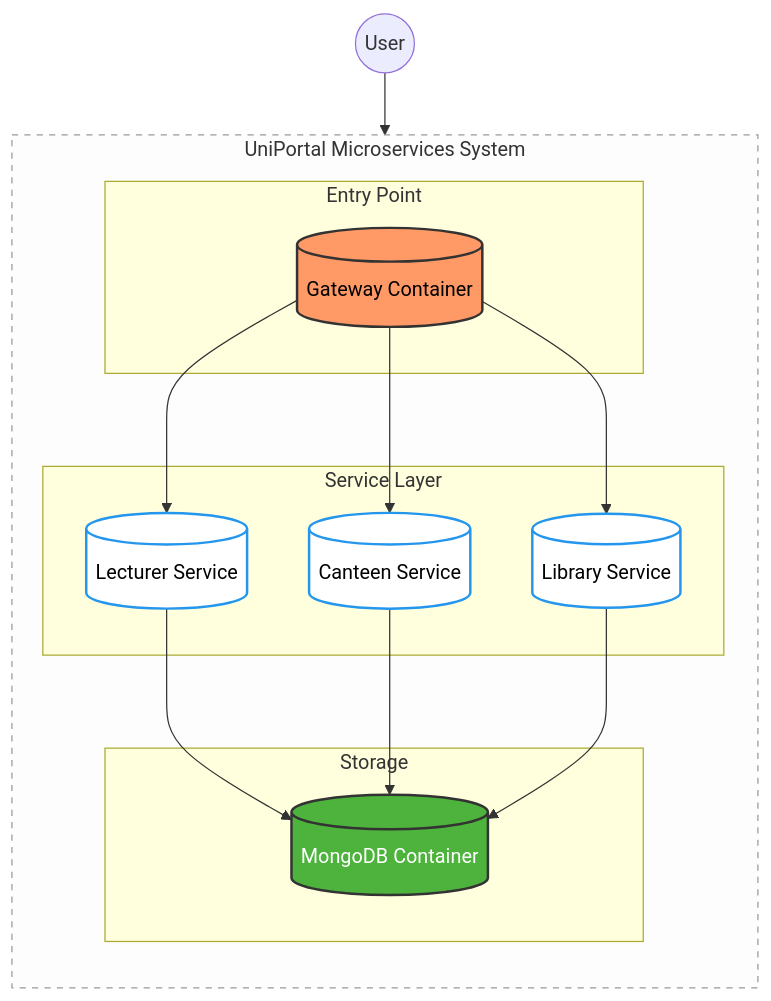
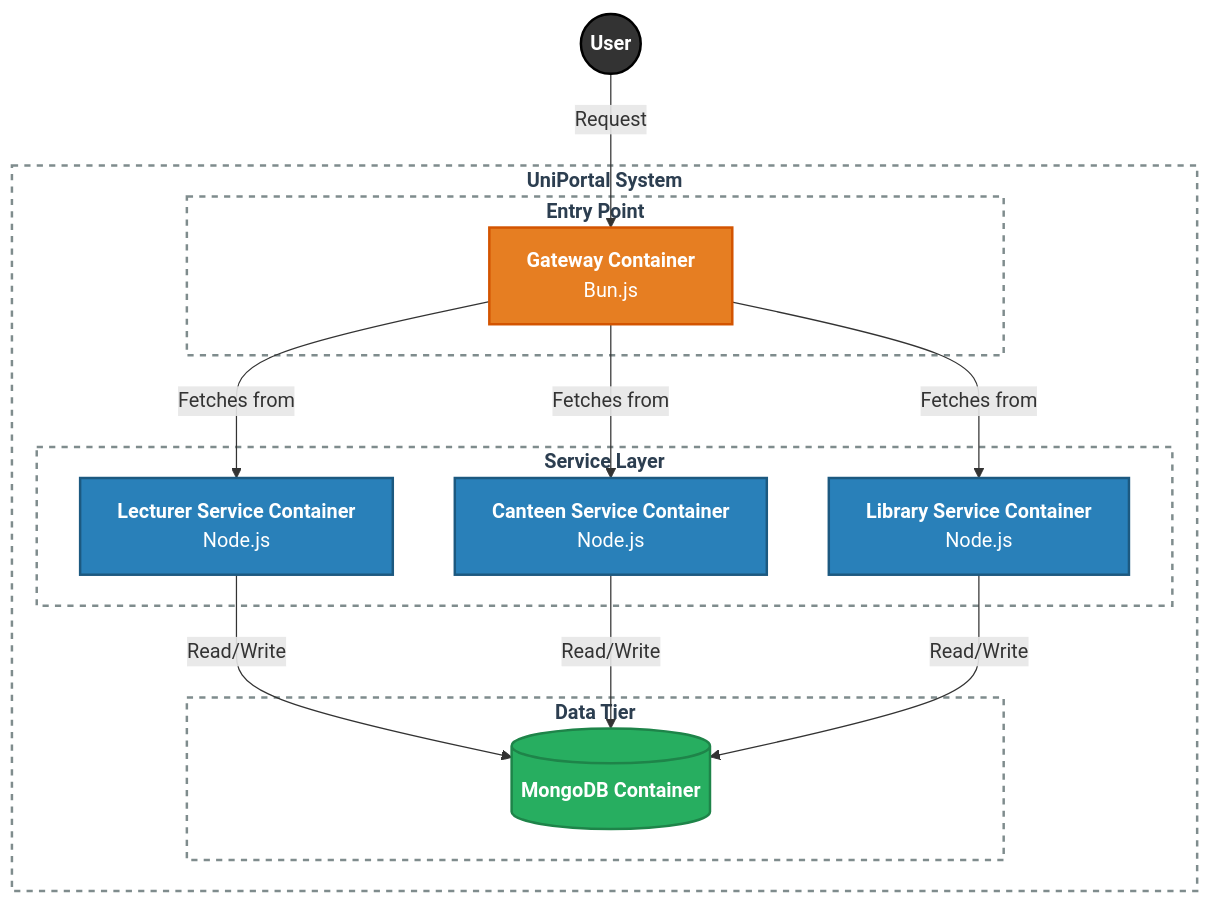
Before and after one commit to thaminuZs/uni-portal-microservices: the diagram in README.md, drawn with Mermaid. The commit also changed other lines of this file and 5 other files, not shown here.

````diff
--- a/README.md
+++ b/README.md
@@ -3,39 +3,45 @@
 ```mermaid
 graph TD
-    User((User)) --> Gateway
+    %% Class Definitions for GitHub Visibility
+    classDef userStyle fill:#333,stroke:#000,stroke-width:2px,color:#fff;
+    classDef gatewayStyle fill:#E67E22,stroke:#D35400,stroke-width:2px,color:#fff;
+    classDef serviceStyle fill:#2980B9,stroke:#1C5980,stroke-width:2px,color:#fff;
+    classDef dbStyle fill:#27AE60,stroke:#1E8449,stroke-width:2px,color:#fff;
+    classDef boundaryStyle fill:#ffffff,stroke:#7F8C8D,stroke-width:2px,stroke-dasharray: 5 5,color:#2C3E50;
 
-    subgraph SystemBoundary ["UniPortal Microservices System"]
-        direction TB
+    %% External User
+    User((<b>User</b>)):::userStyle
+
+    subgraph SystemBoundary ["<b>UniPortal System</b>"]
         
-        subgraph External ["Entry Point"]
-            Gateway[("Gateway Container")]
+        subgraph Layer1 ["<b>Entry Point</b>"]
+            Gateway["<b>Gateway Container</b><br>Bun.js"]:::gatewayStyle
         end
 
-        subgraph LogicTier ["Service Layer"]
-            Lecturer[("Lecturer Service")]
-            Canteen[("Canteen Service")]
-            Library[("Library Service")]
+        subgraph Layer2 ["<b>Service Layer</b>"]
+            Lecturer["<b>Lecturer Service Container</b><br>Node.js"]:::serviceStyle
+            Canteen["<b>Canteen Service Container</b><br>Node.js"]:::serviceStyle
+            Library["<b>Library Service Container</b><br>Node.js"]:::serviceStyle
         end
 
-        subgraph DataTier ["Storage"]
-            DB[("MongoDB Container")]
+        subgraph Layer3 ["<b>Data Tier</b>"]
+            DB[("<b>MongoDB Container</b>")]:::dbStyle
         end
     end
 
     %% Communication Flow
-    Gateway --> Lecturer
-    Gateway --> Canteen
-    Gateway --> Library
+    User -- "Request" --> Gateway
+    
+    %% Gateway fetching from services
+    Gateway -- "Fetches from" --> Lecturer
+    Gateway -- "Fetches from" --> Canteen
+    Gateway -- "Fetches from" --> Library
 
-    Lecturer --> DB
-    Canteen --> DB
-    Library --> DB
+    %% Services accessing the Database
+    Lecturer -- "Read/Write" --> DB
+    Canteen -- "Read/Write" --> DB
+    Library -- "Read/Write" --> DB
 
-    %% Enhanced Styling for Visibility
-    style SystemBoundary fill:#fdfdfd,stroke:#999,stroke-dasharray: 5 5,color:#333
-    style Gateway fill:#f96,stroke:#333,stroke-width:2px,color:#000
-    style DB fill:#4db33d,stroke:#333,stroke-width:2px,color:#fff
-    style Lecturer fill:#fff,stroke:#2496ed,stroke-width:2px,color:#000
-    style Canteen fill:#fff,stroke:#2496ed,stroke-width:2px,color:#000
-    style Library fill:#fff,stroke:#2496ed,stroke-width:2px,color:#000
+    %% Apply Style to Boundaries
+    class SystemBoundary,Layer1,Layer2,Layer3 boundaryStyle
 ```
````
